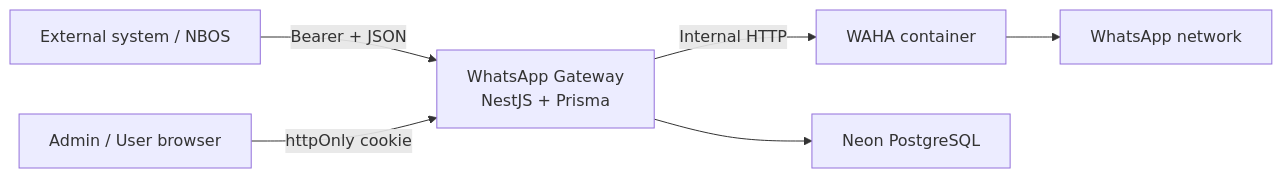
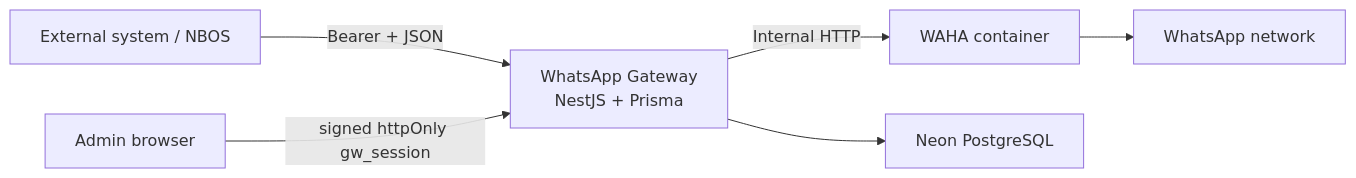
The diagram in README.md (neetrino/whatsapp-gateway), drawn with Mermaid before and after one commit. The commit also changed other lines of this file and 94 other files, not shown here.

````diff
--- a/README.md
+++ b/README.md
@@ -23,8 +23,8 @@
 ```mermaid
 flowchart LR
   Client["External system / NBOS"] -->|"Bearer + JSON"| Gateway["WhatsApp Gateway\nNestJS + Prisma"]
-  Browser["Admin / User browser"] -->|"httpOnly cookie"| Gateway
+  Browser["Admin browser"] -->|"signed httpOnly gw_session"| Gateway
   Gateway -->|"Internal HTTP"| WAHA["WAHA container"]
   WAHA --> WhatsApp["WhatsApp network"]
   Gateway --> Neon["Neon PostgreSQL"]
 ```
````
